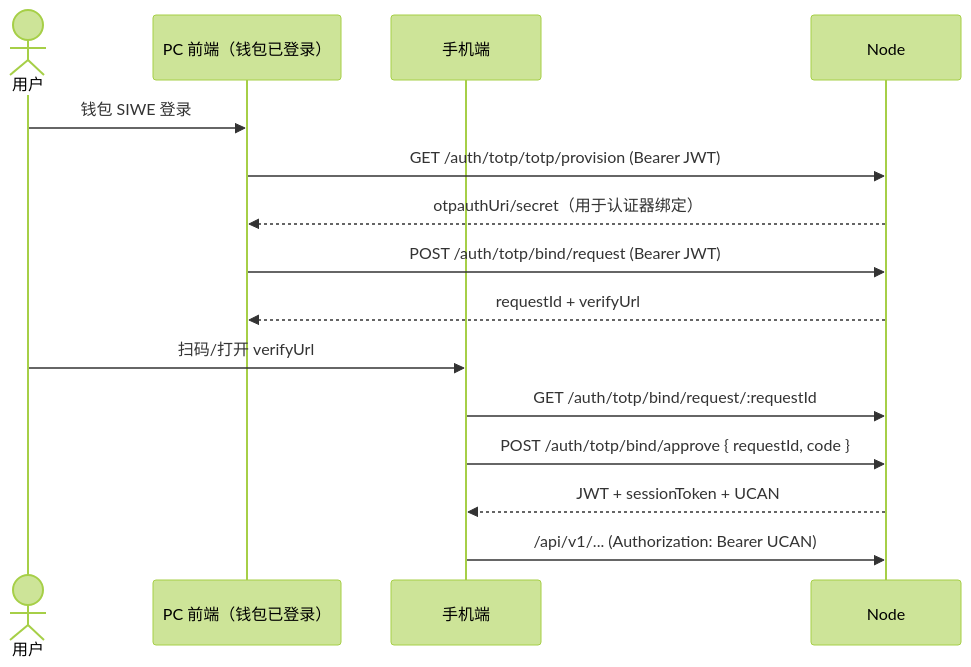
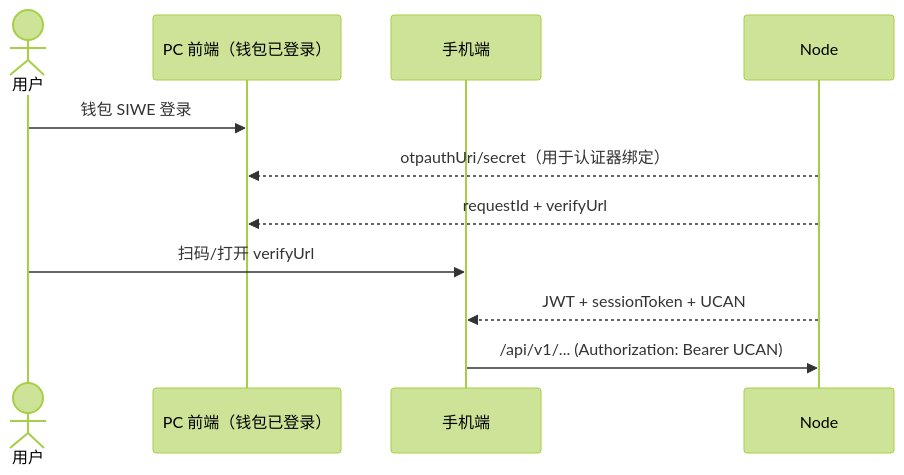
Before and after one commit to yeying-community/node: the fourth of 6 diagrams in docs/登录授权.md, drawn with Mermaid (forest theme). The commit also changed other lines of this file and 34 other files, not shown here.

Commit message:
refactor identity totp authenticator flow

````diff
--- a/docs/登录授权.md
+++ b/docs/登录授权.md
@@ -81,18 +80,14 @@
 ```mermaid
 sequenceDiagram
   actor U as 用户
   participant PC as PC 前端（钱包已登录）
   participant M as 手机端
   participant BE as Node
 
   U ->> PC: 钱包 SIWE 登录
-  PC ->> BE: GET /auth/totp/totp/provision (Bearer JWT)
   BE -->> PC: otpauthUri/secret（用于认证器绑定）
-  PC ->> BE: POST /auth/totp/bind/request (Bearer JWT)
   BE -->> PC: requestId + verifyUrl
   U ->> M: 扫码/打开 verifyUrl
-  M ->> BE: GET /auth/totp/bind/request/:requestId
-  M ->> BE: POST /auth/totp/bind/approve { requestId, code }
   BE -->> M: JWT + sessionToken + UCAN
   M ->> BE: /api/v1/... (Authorization: Bearer UCAN)
 ```
````
